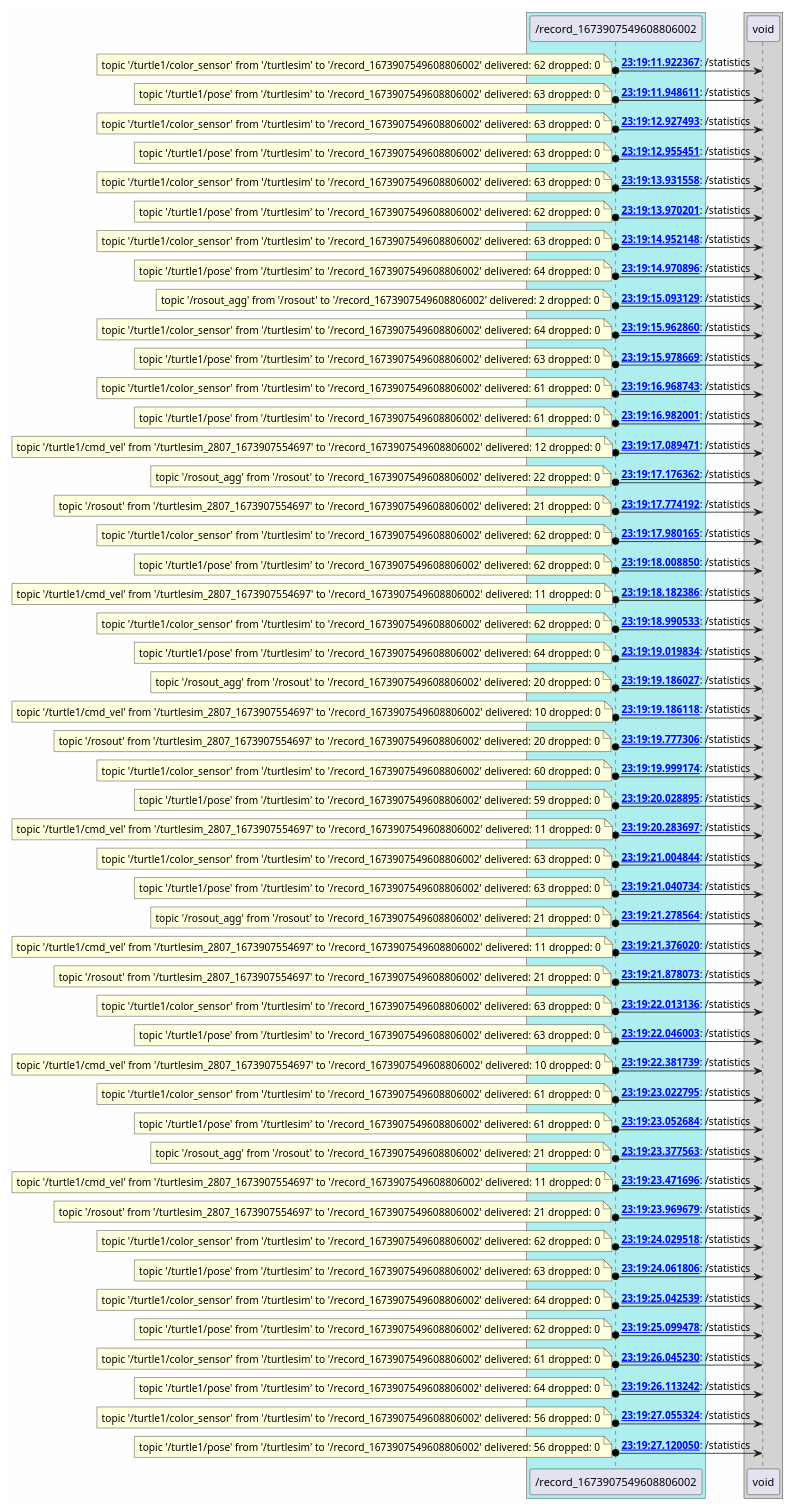
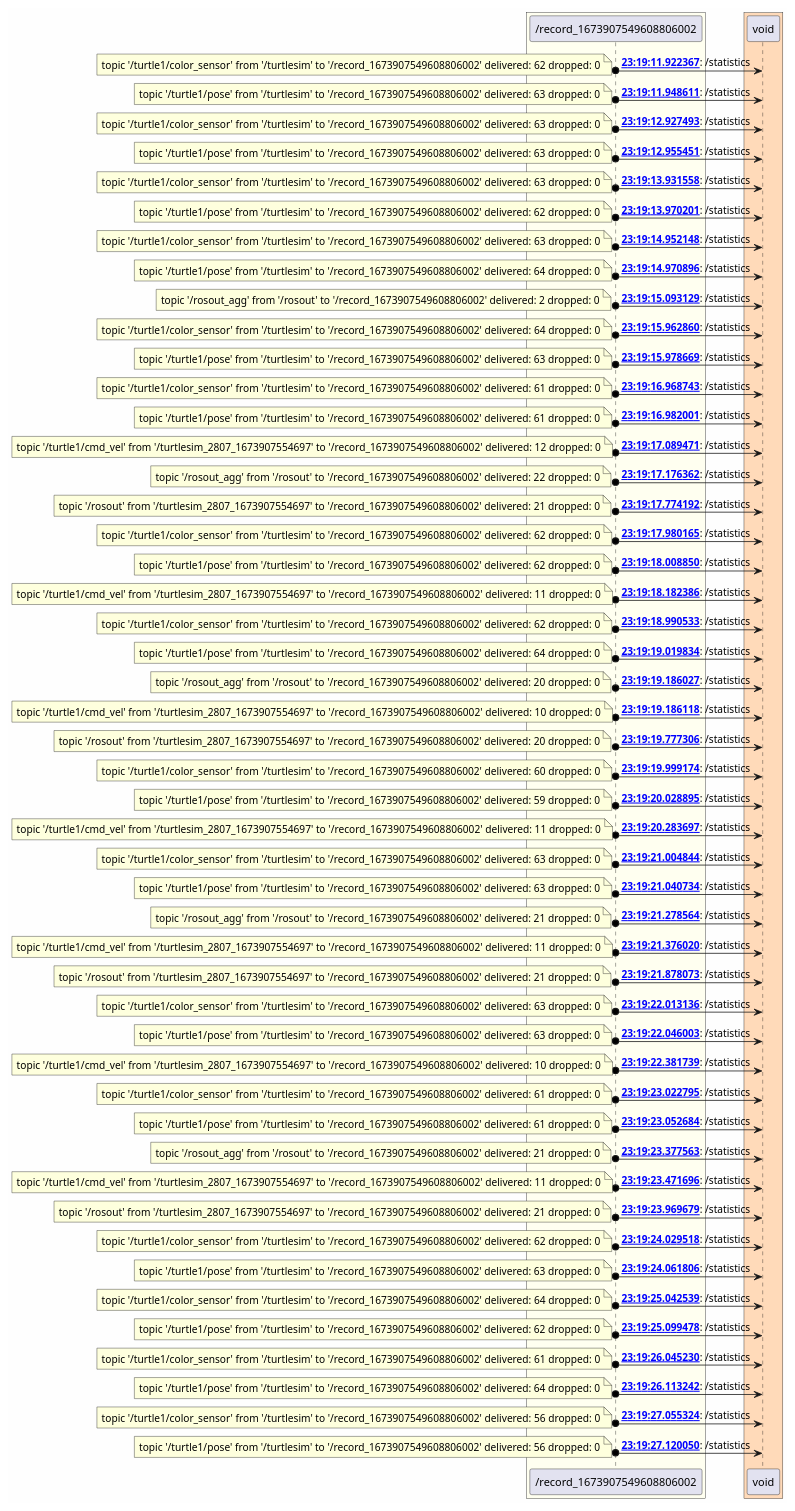
The diagram in examples/turtlesim/rosbag/out/topics/_statistics.puml (anetczuk/ros-diagram-tools), drawn with PlantUML before and after one commit. The commit also changed 20 other files, not shown here.

```diff
--- a/examples/turtlesim/rosbag/out/topics/_statistics.puml
+++ b/examples/turtlesim/rosbag/out/topics/_statistics.puml
@@ -2,10 +2,10 @@
 
 skinparam backgroundColor #FEFEFE
 
-box #PaleTurquoise
+box #Ivory
     participant "/record_1673907549608806002" as _record_1673907549608806002 [[../nodes/_record_1673907549608806002.html]]
 end box
-box #LightGrey
+box #PeachPuff
     participant "void" as void [[../nodes/void.html]]
 end box
 
```
